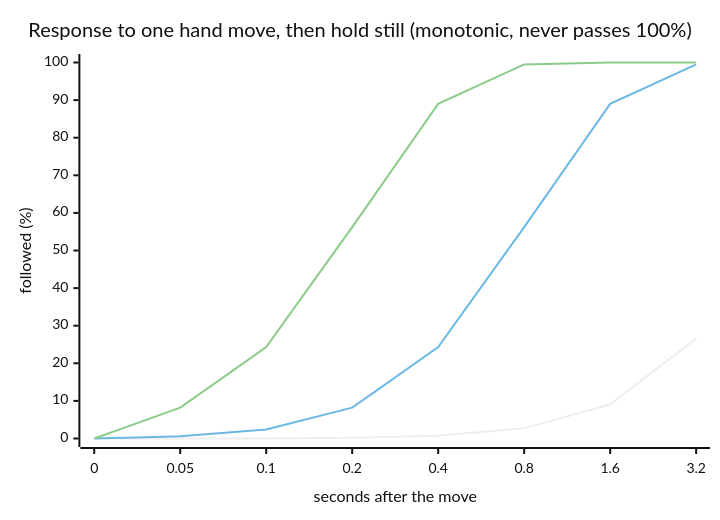
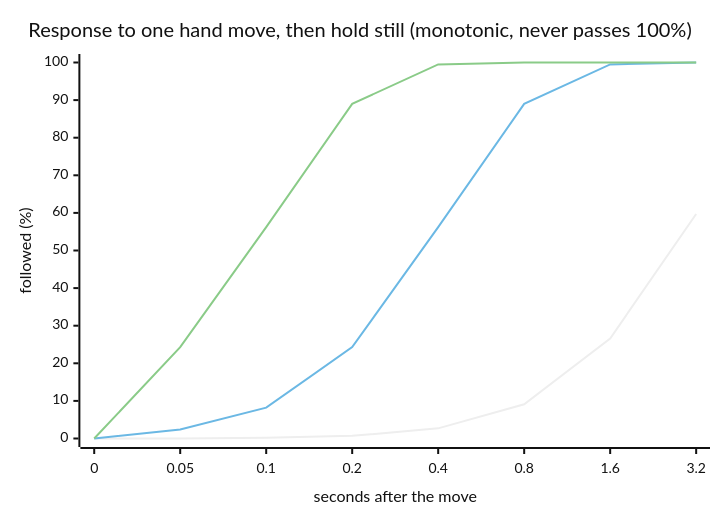
One commit to RimachOfficial/BL2VR-Enhanced changed the diagram in README.md. Above: the diagram before and after it, drawn with Mermaid (neutral theme). The commit also changed other lines of this file and 3 other files, not shown here.

````diff
--- a/README.md
+++ b/README.md
@@ -139,9 +139,9 @@
 ```mermaid
 xychart-beta
     title "Response to one hand move, then hold still (monotonic, never passes 100%)"
     x-axis "seconds after the move" [0, 0.05, 0.1, 0.2, 0.4, 0.8, 1.6, 3.2]
     y-axis "followed (%)" 0 --> 100
-    line [0, 0, 0, 0.2, 0.7, 2.7, 9.1, 26.6]
-    line [0, 0.6, 2.4, 8.2, 24.3, 56.2, 89, 99.5]
-    line [0, 8.2, 24.3, 56.2, 89, 99.5, 100, 100]
+    line [0, 0, 0.2, 0.7, 2.7, 9.1, 26.6, 59.7]
+    line [0, 2.4, 8.2, 24.3, 56.2, 89, 99.5, 100]
+    line [0, 24.3, 56.2, 89, 99.5, 100, 100, 100]
 ```
````
